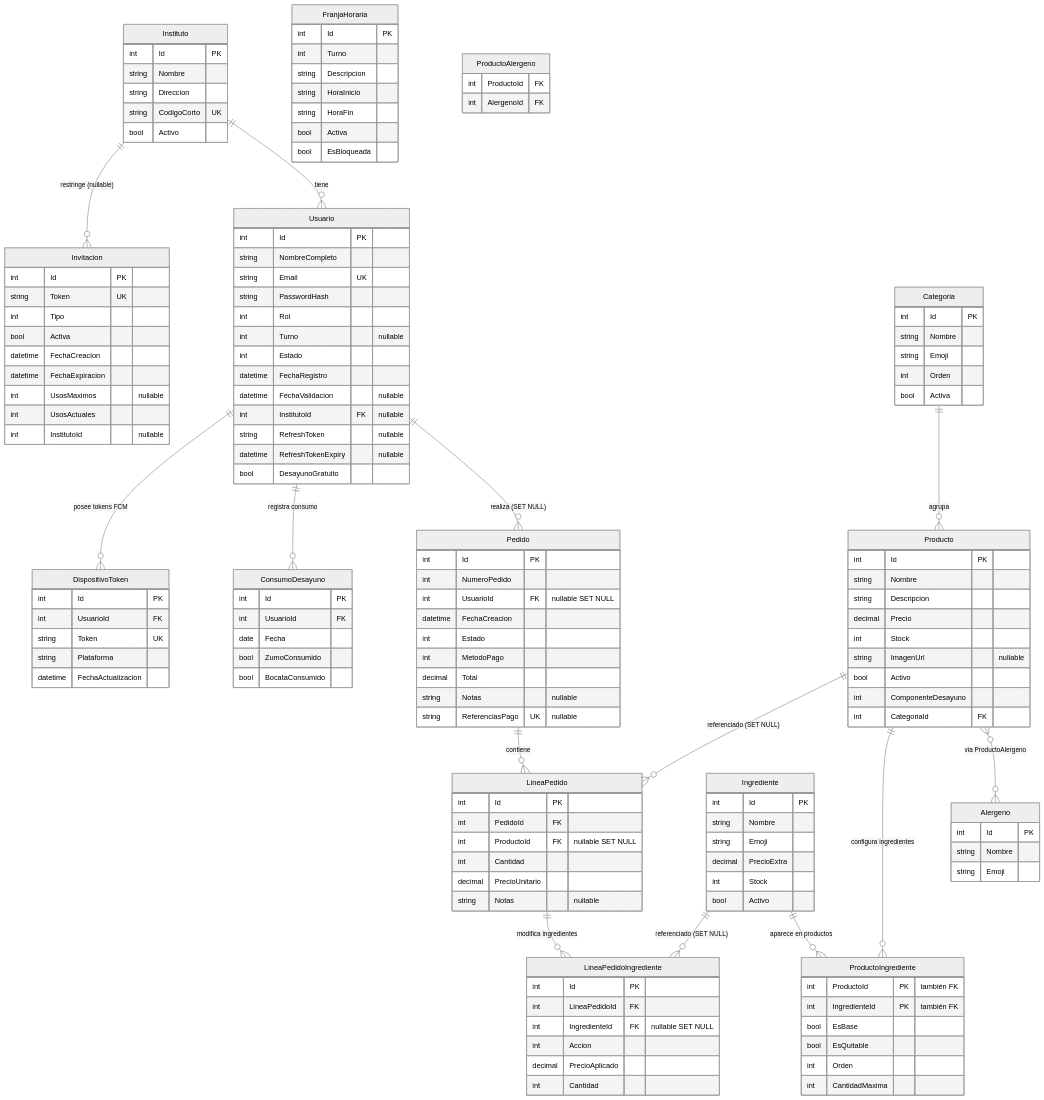
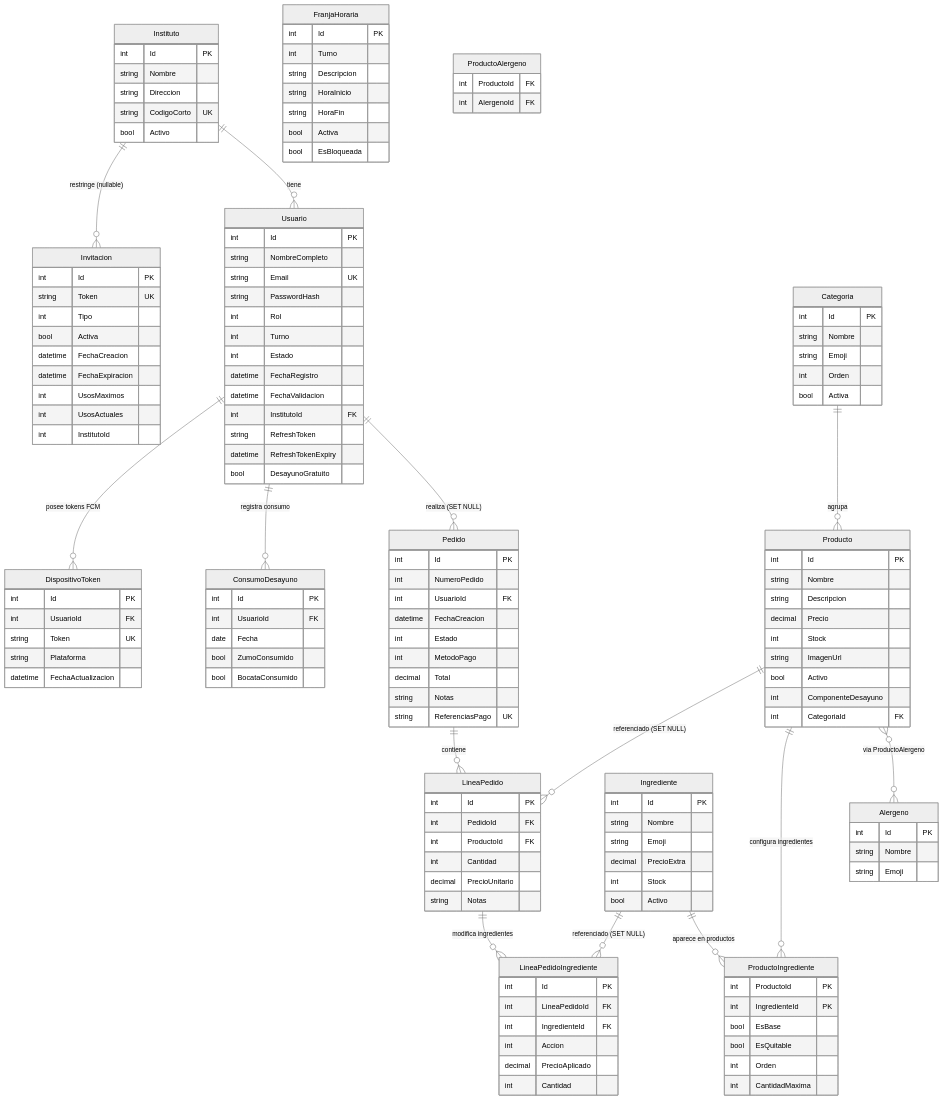
One commit to JoseGlezHerrera/CafeteriaInsti changed the diagram in README.md. Above: the diagram before and after it, drawn with Mermaid (neutral theme). The commit also changed other lines of this file, not shown here.

```diff
--- a/README.md
+++ b/README.md
@@ -629,13 +574,13 @@
         string Email UK
         string PasswordHash
         int Rol
-        int Turno "nullable"
+        int Turno
         int Estado
         datetime FechaRegistro
-        datetime FechaValidacion "nullable"
-        int InstitutoId FK "nullable"
-        string RefreshToken "nullable"
-        datetime RefreshTokenExpiry "nullable"
+        datetime FechaValidacion
+        int InstitutoId FK
+        string RefreshToken
+        datetime RefreshTokenExpiry
         bool DesayunoGratuito
     }
     FranjaHoraria {
@@ -654,9 +599,9 @@
         bool Activa
         datetime FechaCreacion
         datetime FechaExpiracion
-        int UsosMaximos "nullable"
+        int UsosMaximos
         int UsosActuales
-        int InstitutoId "nullable"
+        int InstitutoId
     }
     Categoria {
         int Id PK
@@ -676,7 +621,7 @@
         string Descripcion
         decimal Precio
         int Stock
-        string ImagenUrl "nullable"
+        string ImagenUrl
         bool Activo
         int ComponenteDesayuno
         int CategoriaId FK
@@ -694,8 +639,8 @@
         bool Activo
     }
     ProductoIngrediente {
-        int ProductoId PK "también FK"
-        int IngredienteId PK "también FK"
+        int ProductoId PK
+        int IngredienteId PK
         bool EsBase
         bool EsQuitable
         int Orden
@@ -704,26 +649,26 @@
     Pedido {
         int Id PK
         int NumeroPedido
-        int UsuarioId FK "nullable SET NULL"
+        int UsuarioId FK
         datetime FechaCreacion
         int Estado
         int MetodoPago
         decimal Total
-        string Notas "nullable"
-        string ReferenciasPago UK "nullable"
+        string Notas
+        string ReferenciasPago UK
     }
     LineaPedido {
         int Id PK
         int PedidoId FK
-        int ProductoId FK "nullable SET NULL"
+        int ProductoId FK
         int Cantidad
         decimal PrecioUnitario
-        string Notas "nullable"
+        string Notas
     }
     LineaPedidoIngrediente {
         int Id PK
         int LineaPedidoId FK
-        int IngredienteId FK "nullable SET NULL"
+        int IngredienteId FK
         int Accion
         decimal PrecioAplicado
         int Cantidad
```
